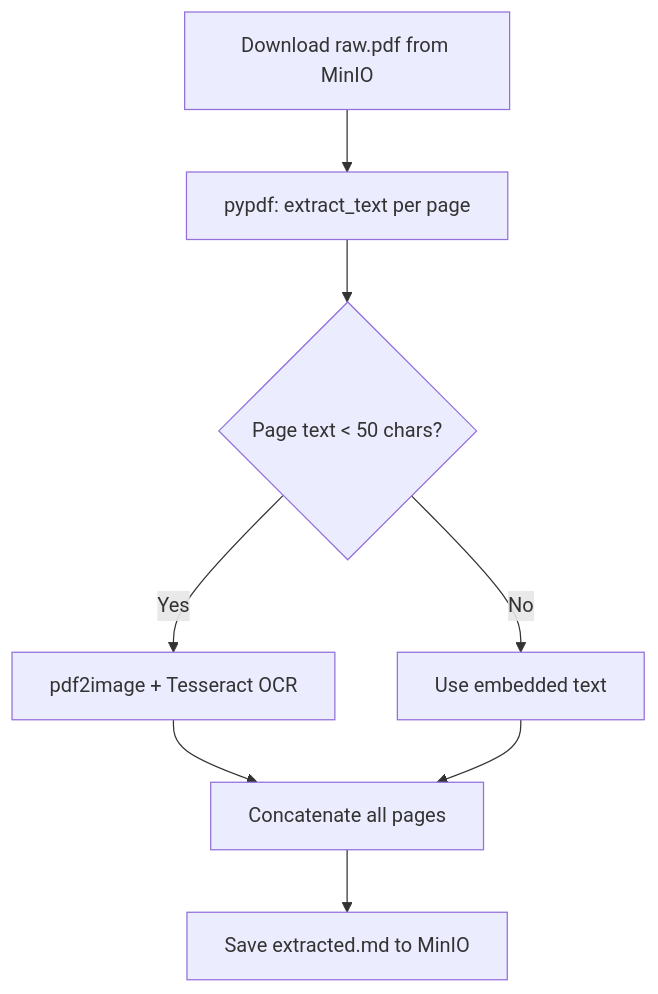
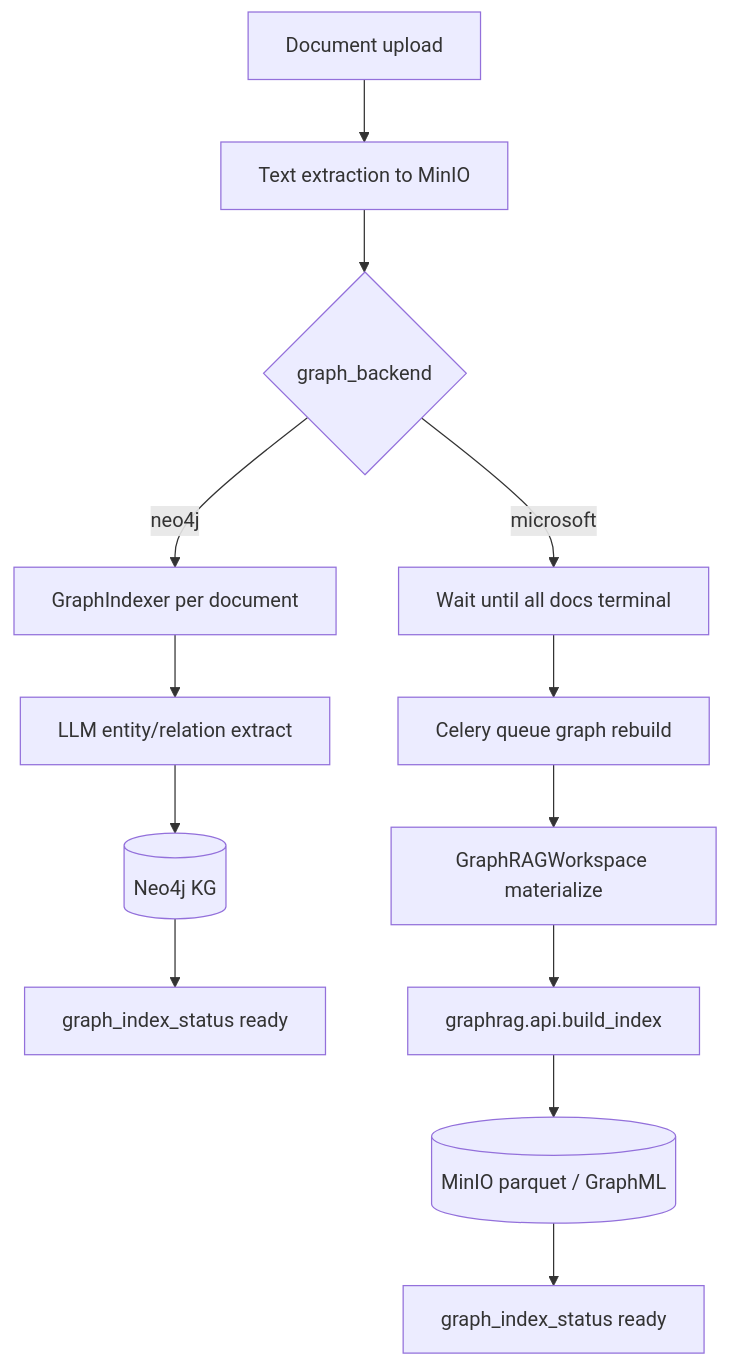
One commit to SKT27182/FlexSearch changed the second of 5 diagrams in backend/docs/neo4j-graph-rag/README.md. Above: the diagram before and after it, drawn with Mermaid. The commit also changed other lines of this file and 165 other files, not shown here.

````diff
--- a/backend/docs/neo4j-graph-rag/README.md
+++ b/backend/docs/neo4j-graph-rag/README.md
@@ -388,10 +753,17 @@
 ```mermaid
 flowchart TD
-    A[Download raw.pdf from MinIO] --> B[pypdf: extract_text per page]
-    B --> C{Page text < 50 chars?}
-    C -->|Yes| D[pdf2image + Tesseract OCR]
-    C -->|No| E[Use embedded text]
-    D --> F[Concatenate all pages]
-    E --> F
-    F --> G[Save extracted.md to MinIO]
+  Upload[Document upload] --> Extract[Text extraction to MinIO]
+  Extract --> Branch{graph_backend}
+
+  Branch -->|neo4j| NeoIdx[GraphIndexer per document]
+  NeoIdx --> LLM1[LLM entity/relation extract]
+  LLM1 --> Neo4j[(Neo4j KG)]
+  Neo4j --> ReadyN[graph_index_status ready]
+
+  Branch -->|microsoft| WaitAll[Wait until all docs terminal]
+  WaitAll --> Celery[Celery queue graph rebuild]
+  Celery --> WS[GraphRAGWorkspace materialize]
+  WS --> Build[graphrag.api.build_index]
+  Build --> MinIO[(MinIO parquet / GraphML)]
+  MinIO --> ReadyM[graph_index_status ready]
 ```
````
